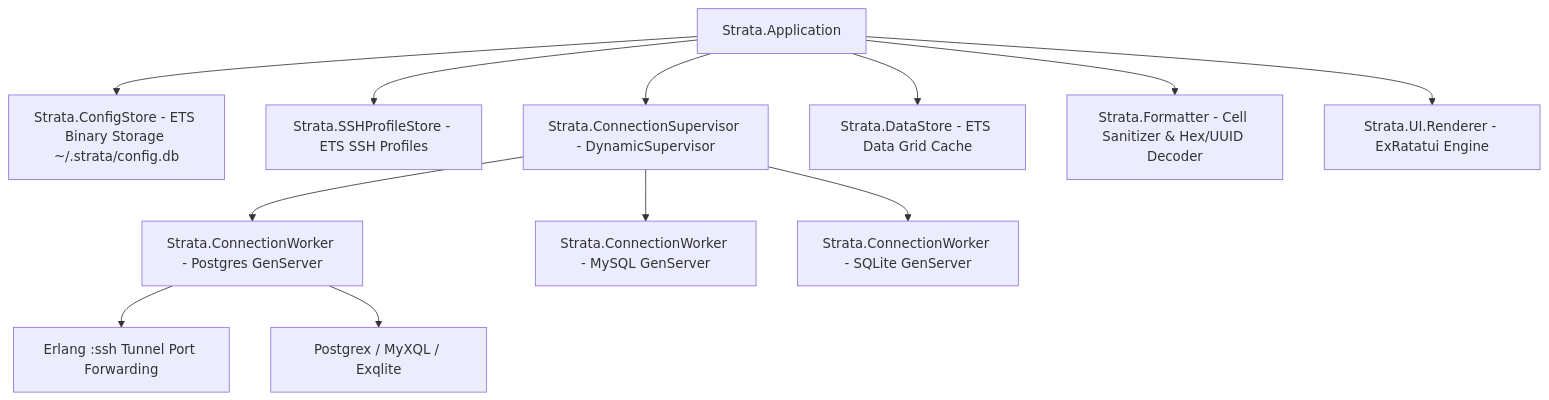
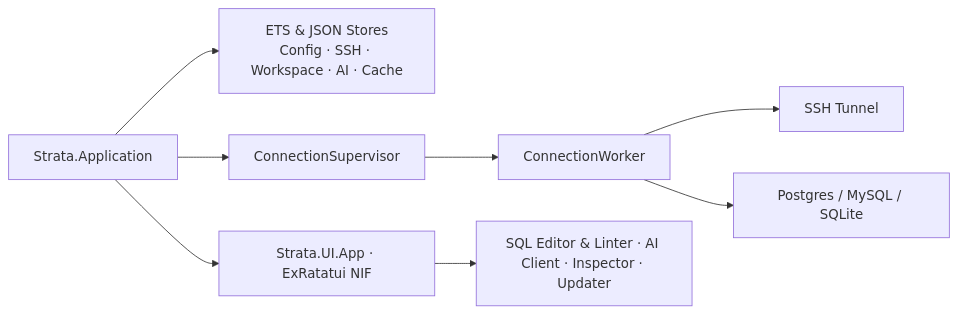
One commit to quaywin/strata changed the diagram in README.md. Above: the diagram before and after it, drawn with Mermaid. The commit also changed other lines of this file, not shown here.

````diff
--- a/README.md
+++ b/README.md
@@ -38,16 +22,10 @@
 ```mermaid
-graph TD
-    App[Strata.Application] --> ConfigStore[Strata.ConfigStore - ETS Binary Storage ~/.strata/config.db]
-    App --> SSHProfileStore[Strata.SSHProfileStore - ETS SSH Profiles]
-    App --> ConnectionSup[Strata.ConnectionSupervisor - DynamicSupervisor]
-    App --> DataStore[Strata.DataStore - ETS Data Grid Cache]
-    App --> Formatter[Strata.Formatter - Cell Sanitizer & Hex/UUID Decoder]
-    App --> UIRenderer[Strata.UI.Renderer - ExRatatui Engine]
-
-    ConnectionSup --> Worker1[Strata.ConnectionWorker - Postgres GenServer]
-    ConnectionSup --> Worker2[Strata.ConnectionWorker - MySQL GenServer]
-    ConnectionSup --> Worker3[Strata.ConnectionWorker - SQLite GenServer]
-
-    Worker1 --> SSHTunnel[Erlang :ssh Tunnel Port Forwarding]
-    Worker1 --> Driver[Postgrex / MyXQL / Exqlite]
+graph LR
+    App[Strata.Application] --> Stores[ETS & JSON Stores<br/>Config · SSH · Workspace · AI · Cache]
+    App --> ConnSup[ConnectionSupervisor]
+    ConnSup --> Worker[ConnectionWorker]
+    Worker --> Tunnel[SSH Tunnel]
+    Worker --> Adapters[Postgres / MySQL / SQLite]
+    App --> TUI[Strata.UI.App · ExRatatui NIF]
+    TUI --> Features[SQL Editor & Linter · AI Client · Inspector · Updater]
 ```
````
